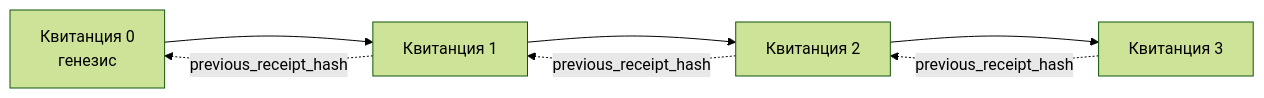
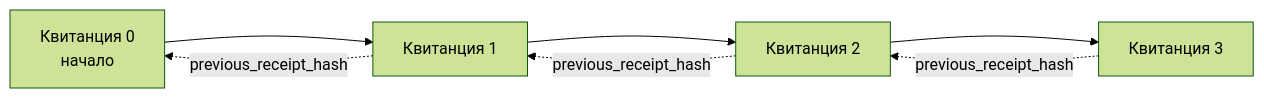
Before and after one commit to gabrielmoreira/agent-skills-mirror: the second of 2 diagrams in mirrors/repos/microsoft@ai-agents-for-beginners/translations/ru/18-securing-ai-agents/README.md, drawn with Mermaid (forest theme). The commit also changed other lines of this file and 4482 other files, not shown here.

````diff
--- a/mirrors/repos/microsoft@ai-agents-for-beginners/translations/ru/18-securing-ai-agents/README.md
+++ b/mirrors/repos/microsoft@ai-agents-for-beginners/translations/ru/18-securing-ai-agents/README.md
@@ -206,9 +206,9 @@
 ```mermaid
 flowchart LR
-    R0[Квитанция 0<br/>генезис] --> R1[Квитанция 1]
+    R0[Квитанция 0<br/>начало] --> R1[Квитанция 1]
     R1 --> R2[Квитанция 2]
     R2 --> R3[Квитанция 3]
     R1 -. previous_receipt_hash .-> R0
     R2 -. previous_receipt_hash .-> R1
     R3 -. previous_receipt_hash .-> R2
 ```
````
